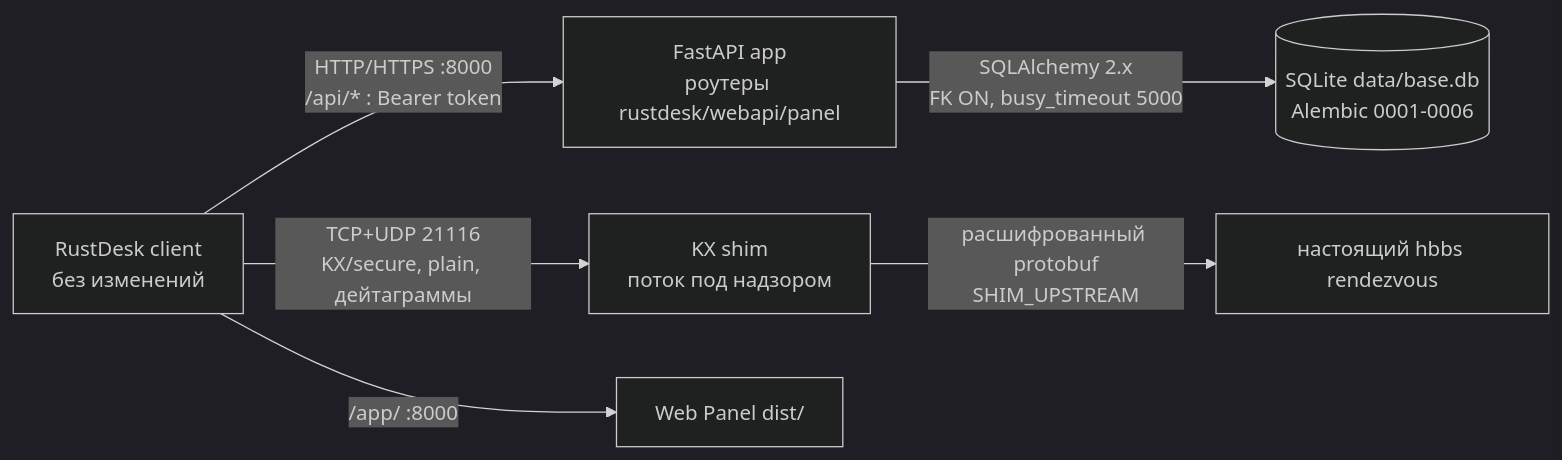
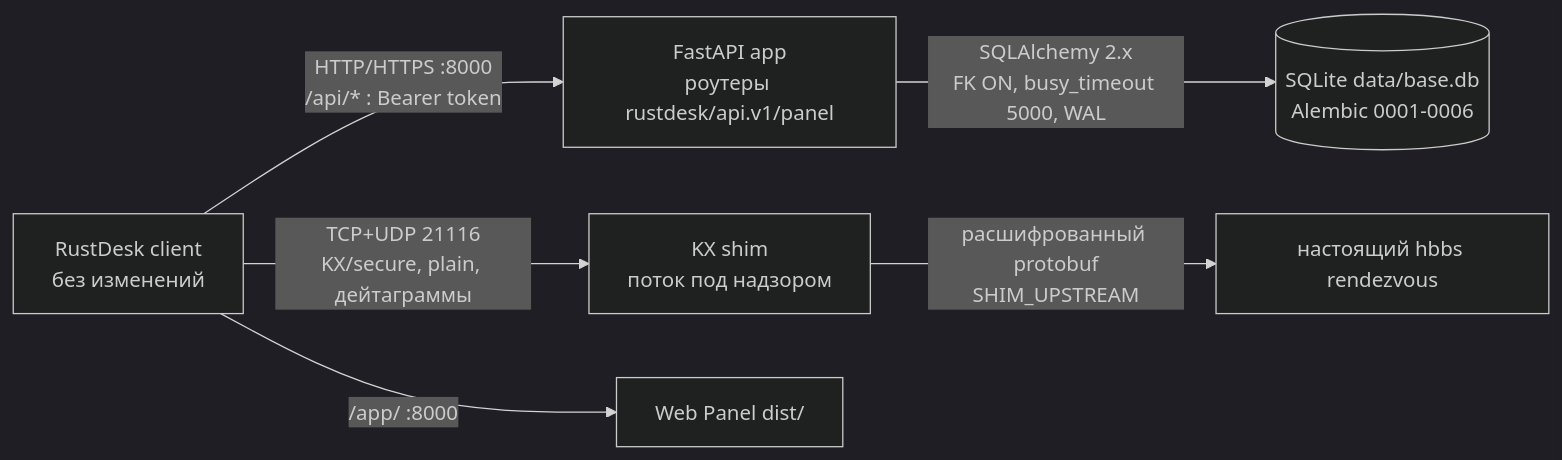
Before and after one commit to iinxn/rustdesk-address-book-api: the diagram in docs/ru.md, drawn with Mermaid (dark theme). The commit also changed other lines of this file and 56 other files, not shown here.

First line of the commit message:
refactor: split panel API, batch heartbeats and unify book access

````diff
--- a/docs/ru.md
+++ b/docs/ru.md
@@ -139,9 +139,9 @@
 ```mermaid
 flowchart LR
     C[RustDesk client<br/>без изменений]
-    C -->|HTTP/HTTPS :8000<br/>/api/* : Bearer token| API[FastAPI app<br/>роутеры rustdesk/webapi/panel]
+    C -->|HTTP/HTTPS :8000<br/>/api/* : Bearer token| API[FastAPI app<br/>роутеры rustdesk/api.v1/panel]
     C -->|TCP+UDP 21116<br/>KX/secure, plain, дейтаграммы| SHIM[KX shim<br/>поток под надзором]
     SHIM -->|расшифрованный protobuf<br/>SHIM_UPSTREAM| HBBS[настоящий hbbs rendezvous]
     C -->|/app/ :8000| SPA[Web Panel dist/]
-    API -->|SQLAlchemy 2.x<br/>FK ON, busy_timeout 5000| DB[(SQLite data/base.db<br/>Alembic 0001-0006)]
+    API -->|SQLAlchemy 2.x<br/>FK ON, busy_timeout 5000, WAL| DB[(SQLite data/base.db<br/>Alembic 0001-0006)]
 ```
````
